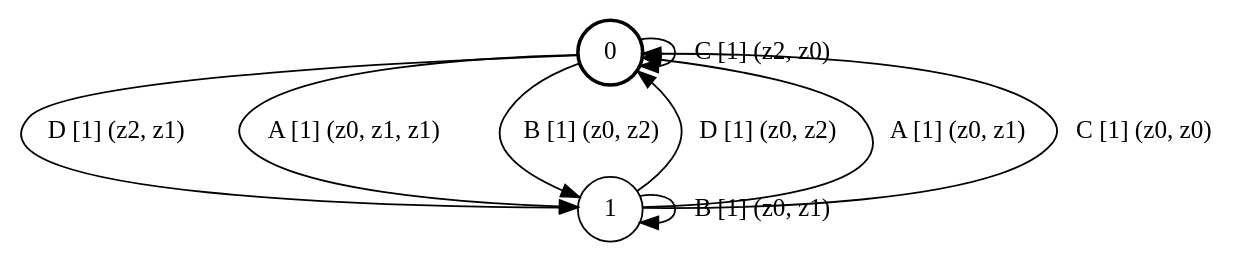
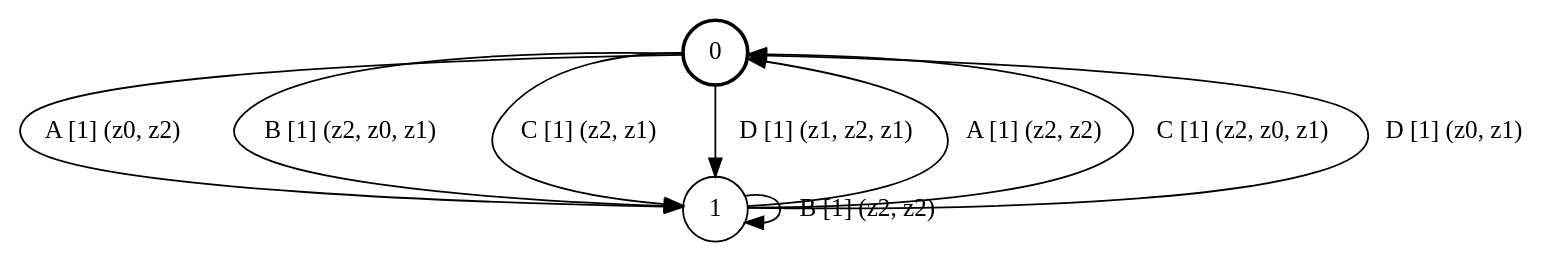
One commit to ulyantsev/EFSM-tools changed the diagram in qbf/testing/fsm_2s4e3a.dot. Above: the diagram before and after it, drawn with Graphviz. The commit also changed 1162 other files, not shown here.

```diff
--- a/qbf/testing/fsm_2s4e3a.dot
+++ b/qbf/testing/fsm_2s4e3a.dot
@@ -1,14 +1,14 @@
 # generated file, don't try to modify
 # command: dot -Tpng <filename> > tree.png
 digraph Automaton {
     node [shape = circle];
     0 [style = "bold"];
-    0 -> 1 [label = "D [1] (z2, z1) "];
-    0 -> 1 [label = "A [1] (z0, z1, z1) "];
-    0 -> 1 [label = "B [1] (z0, z2) "];
-    0 -> 0 [label = "C [1] (z2, z0) "];
-    1 -> 0 [label = "D [1] (z0, z2) "];
-    1 -> 0 [label = "A [1] (z0, z1) "];
-    1 -> 1 [label = "B [1] (z0, z1) "];
-    1 -> 0 [label = "C [1] (z0, z0) "];
+    0 -> 1 [label = "A [1] (z0, z2) "];
+    0 -> 1 [label = "B [1] (z2, z0, z1) "];
+    0 -> 1 [label = "C [1] (z2, z1) "];
+    0 -> 1 [label = "D [1] (z1, z2, z1) "];
+    1 -> 0 [label = "A [1] (z2, z2) "];
+    1 -> 1 [label = "B [1] (z2, z2) "];
+    1 -> 0 [label = "C [1] (z2, z0, z1) "];
+    1 -> 0 [label = "D [1] (z0, z1) "];
 }
```
